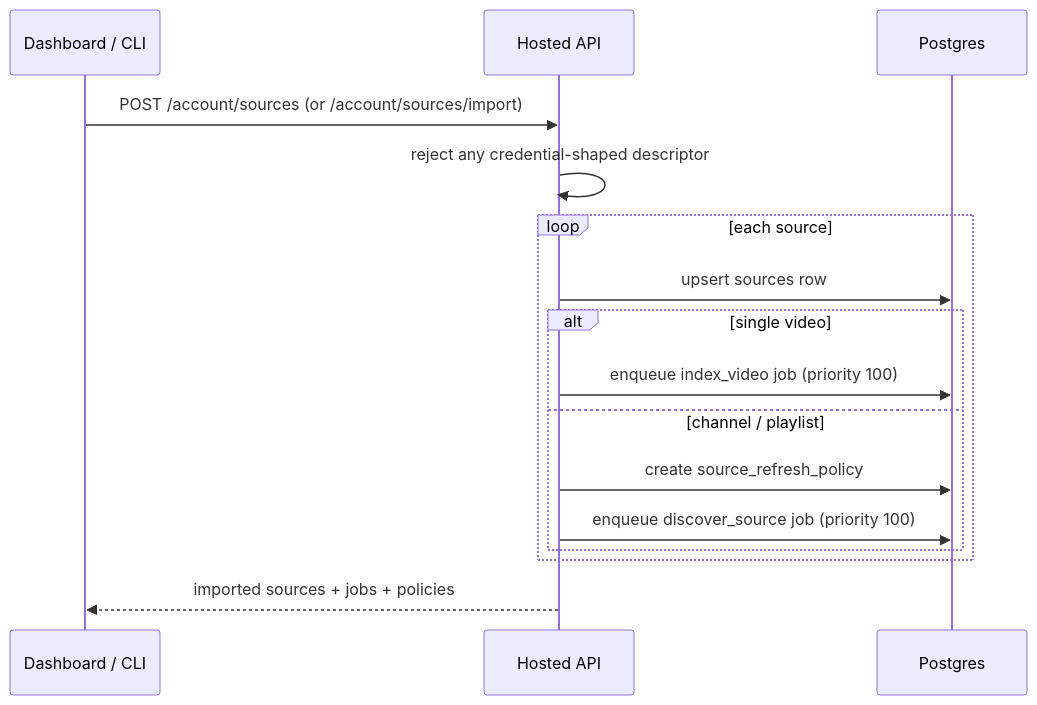
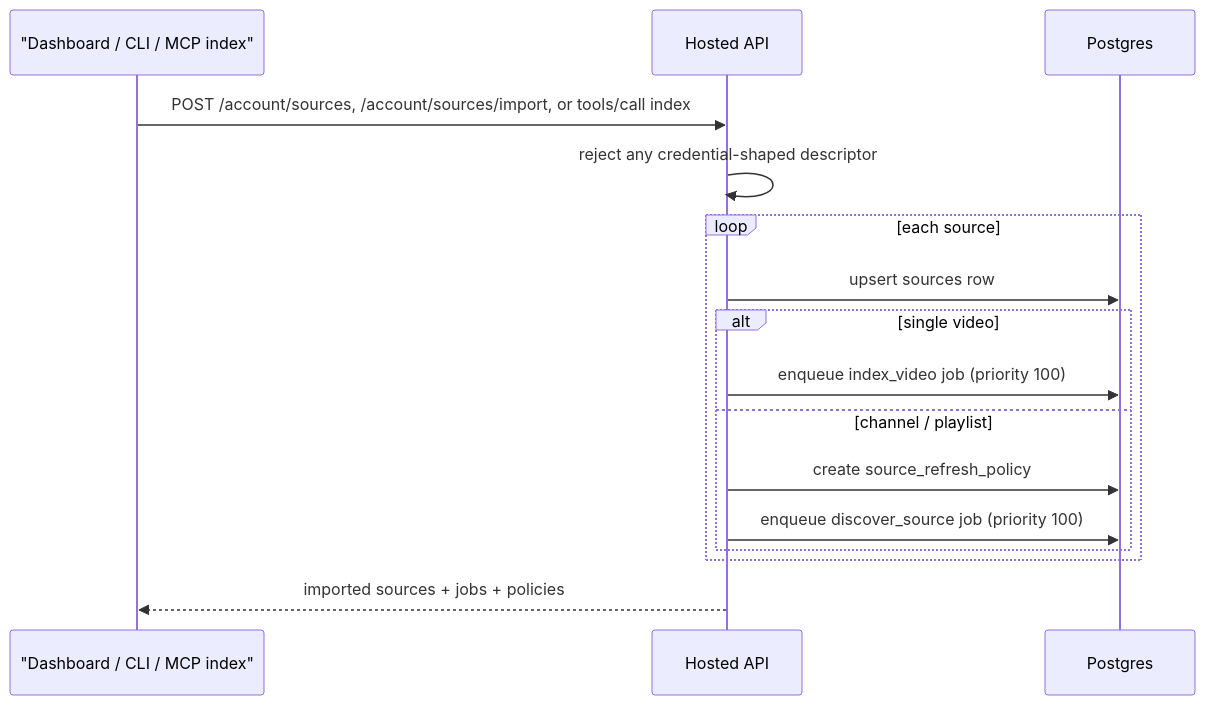
Before and after one commit to MaskyS/yutome: diagram 11 of 14 in docs/architecture/hosted.md, drawn with Mermaid. The commit also changed other lines of this file and 18 other files, not shown here.

````diff
--- a/docs/architecture/hosted.md
+++ b/docs/architecture/hosted.md
@@ -539,18 +540,18 @@
 ```mermaid
 sequenceDiagram
-    participant C as Dashboard / CLI
+    participant C as "Dashboard / CLI / MCP index"
     participant API as Hosted API
     participant DB as Postgres
-    C->>API: POST /account/sources (or /account/sources/import)
+    C->>API: POST /account/sources, /account/sources/import, or tools/call index
     API->>API: reject any credential-shaped descriptor
     loop each source
         API->>DB: upsert sources row
         alt single video
             API->>DB: enqueue index_video job (priority 100)
         else channel / playlist
             API->>DB: create source_refresh_policy
             API->>DB: enqueue discover_source job (priority 100)
         end
     end
     API-->>C: imported sources + jobs + policies
 ```
````
